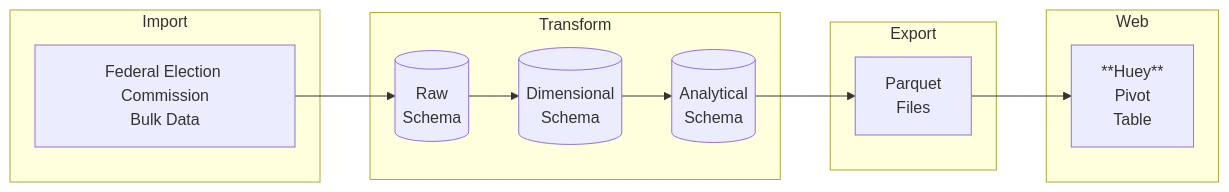
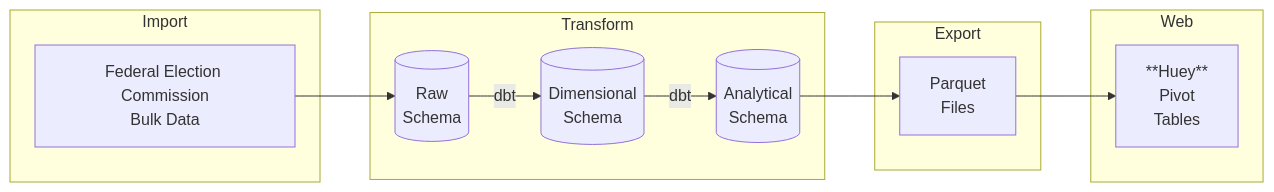
The diagram in README.md (smckissock/fec), drawn with Mermaid before and after one commit. The commit also changed other lines of this file and 1 other file, not shown here.

````diff
--- a/README.md
+++ b/README.md
@@ -16,27 +18,27 @@
 ```mermaid
 
     flowchart LR
         A[Federal Election Commission<br>Bulk Data] --> B[(Raw<br>Schema)]
-        B --> C[(Dimensional<br>Schema)]
-        C --> D[(Analytical<br>Schema)]
+        B --> |dbt| C[(Dimensional<br>Schema)]
+        C --> |dbt| D[(Analytical<br>Schema)]
         D --> E[Parquet<br>Files]
-        E --> F[**Huey**<br>Pivot<br>Table]
+        E --> F[**Huey**<br>Pivot<br>Tables]
 
         subgraph Import
             A
         end
         
         subgraph Transform
             B
             C 
             D
         end
         
         subgraph Export
             E
         end 
 
         subgraph Web
             F 
         end
 ```
````
